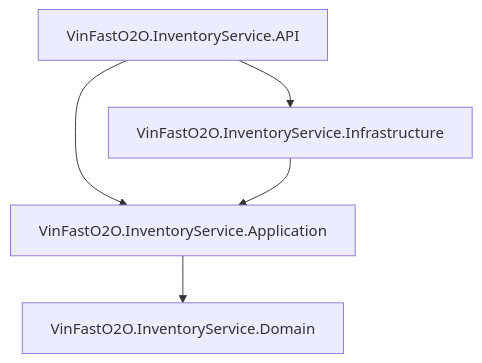
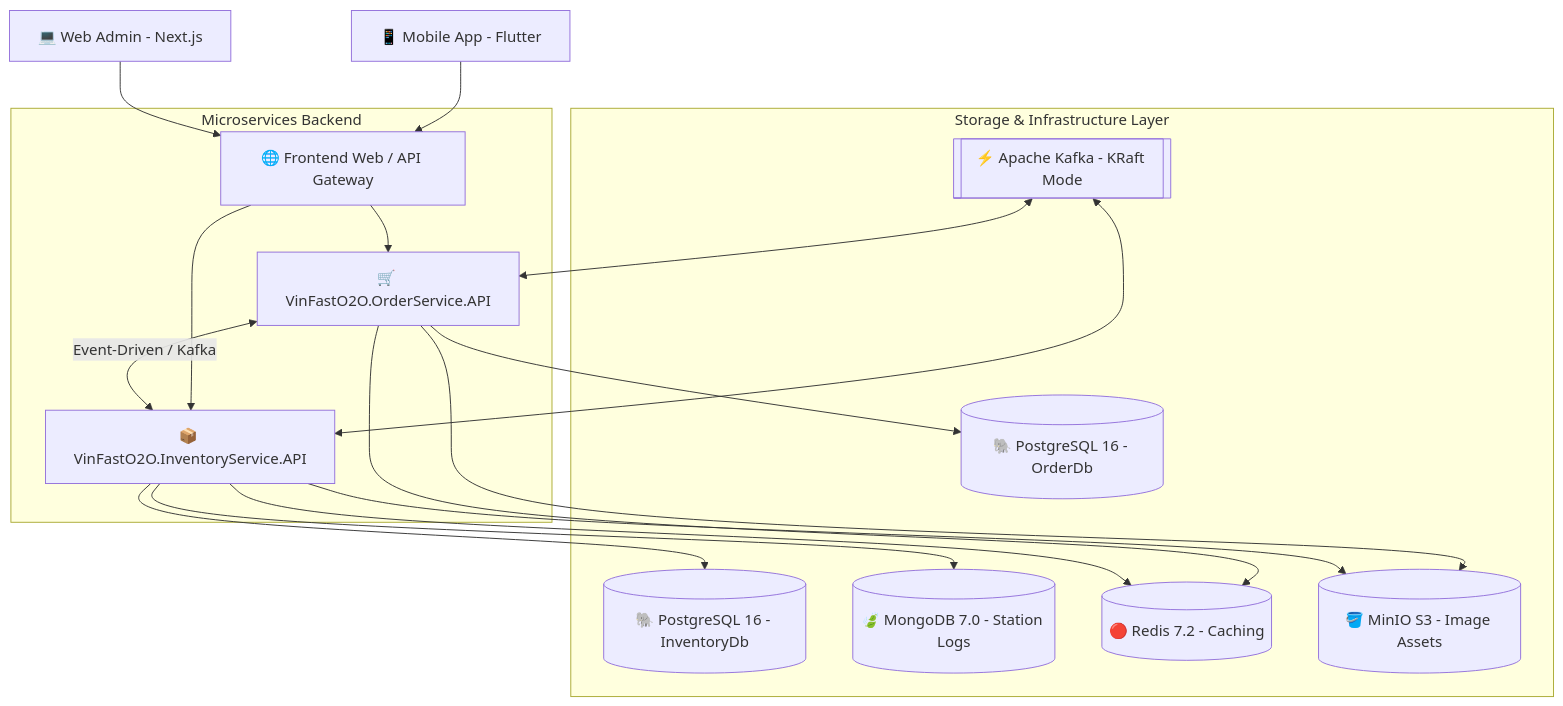
The diagram in README.md (khanghv-dev/vankhang-ev-store), drawn with Mermaid before and after one commit. The commit also changed other lines of this file, not shown here.

Commit message:
docs: Update README.md with professional architecture and setup guide

````diff
--- a/README.md
+++ b/README.md
@@ -22,7 +21,22 @@
 ```mermaid
 graph TD
-    API[VinFastO2O.InventoryService.API] --> Infrastructure[VinFastO2O.InventoryService.Infrastructure]
-    API --> Application[VinFastO2O.InventoryService.Application]
-    Infrastructure --> Application
-    Application --> Domain[VinFastO2O.InventoryService.Domain]
+    UserClient[📱 Mobile App - Flutter] --> API_Gateway[🌐 Frontend Web / API Gateway]
+    AdminClient[💻 Web Admin - Next.js] --> API_Gateway
+    
+    subgraph Microservices Backend
+        API_Gateway --> OrderService[🛒 VinFastO2O.OrderService.API]
+        API_Gateway --> InventoryService[📦 VinFastO2O.InventoryService.API]
+        
+        OrderService <-->|Event-Driven / Kafka| InventoryService
+    end
+    
+    subgraph Storage & Infrastructure Layer
+        OrderService --> PostgresDB[(🐘 PostgreSQL 16 - OrderDb)]
+        InventoryService --> PostgresDB2[(🐘 PostgreSQL 16 - InventoryDb)]
+        InventoryService --> MongoDB[(🍃 MongoDB 7.0 - Station Logs)]
+        OrderService & InventoryService --> Redis[(🔴 Redis 7.2 - Caching)]
+        OrderService & InventoryService --> MinIO[(🪣 MinIO S3 - Image Assets)]
+        KafkaBroker[[⚡ Apache Kafka - KRaft Mode]] <--> OrderService
+        KafkaBroker <--> InventoryService
+    end
 ```
````
